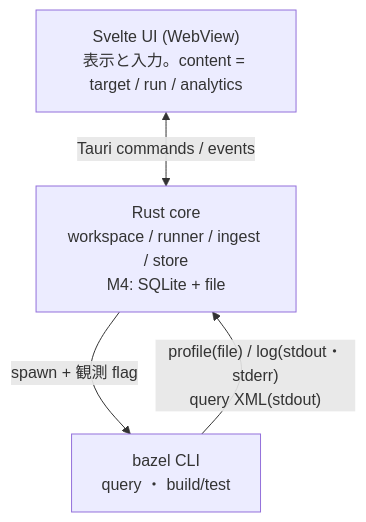
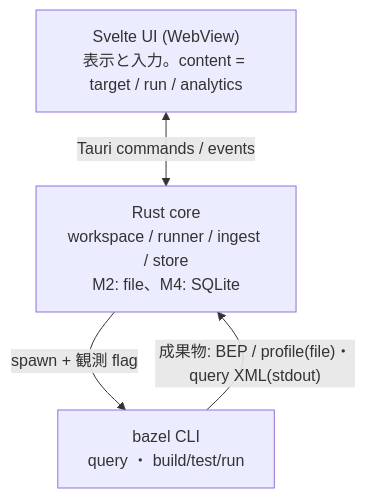
Before and after one commit to OhataKenji/zeal: the diagram in docs/design/overview.md, drawn with Mermaid. The commit also changed other lines of this file and 25 other files, not shown here.

````diff
--- a/docs/design/overview.md
+++ b/docs/design/overview.md
@@ -48,9 +47,9 @@
 ```mermaid
 flowchart TD
     UI["Svelte UI (WebView)<br/>表示と入力。content = target / run / analytics"]
-    CORE["Rust core<br/>workspace / runner / ingest / store<br/>M4: SQLite + file"]
-    BAZEL["bazel CLI<br/>query ・ build/test"]
+    CORE["Rust core<br/>workspace / runner / ingest / store<br/>M2: file、M4: SQLite"]
+    BAZEL["bazel CLI<br/>query ・ build/test/run"]
     UI <-->|"Tauri commands / events"| CORE
     CORE -->|"spawn + 観測 flag"| BAZEL
-    BAZEL -->|"profile(file) / log(stdout・stderr)<br/>query XML(stdout)"| CORE
+    BAZEL -->|"成果物: BEP / profile(file)・query XML(stdout)"| CORE
 ```
````
